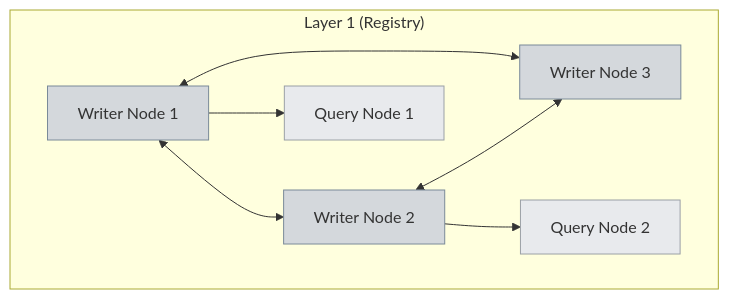
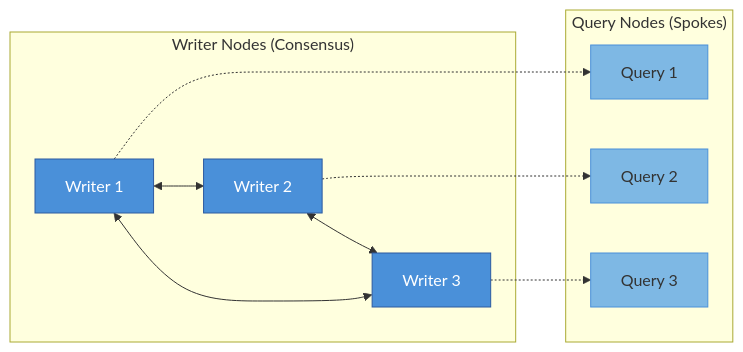
Before and after one commit to archeren/openclaw: the first of 2 diagrams in workspace/projects/clawish/WHITEPAPER-DRAFT.md, drawn with Mermaid. The commit also changed other lines of this file, not shown here.

Commit message:
docs: improve network topology diagrams in whitepaper
- L1: Switch to LR layout, show hub-and-spoke clearly
- L2: Fix arrow direction (App→L1, not L1→App)
- Better color coding: blue=L1, green=L2
- Add 'query' labels on arrows

````diff
--- a/workspace/projects/clawish/WHITEPAPER-DRAFT.md
+++ b/workspace/projects/clawish/WHITEPAPER-DRAFT.md
@@ -245,22 +245,29 @@
 ```mermaid
-graph TB
-    subgraph L1["Layer 1 (Registry)"]
-        W1[Writer Node 1]
-        W2[Writer Node 2]
-        W3[Writer Node 3]
-        Q1[Query Node 1]
-        Q2[Query Node 2]
-        
-        W1 <--> W2
-        W2 <--> W3
-        W3 <--> W1
-        W1 --> Q1
-        W2 --> Q2
+graph LR
+    subgraph Writers["Writer Nodes (Consensus)"]
+        W1[Writer 1]
+        W2[Writer 2]
+        W3[Writer 3]
     end
     
-    style W1 fill:#d4d8dc,stroke:#7a8a99
-    style W2 fill:#d4d8dc,stroke:#7a8a99
-    style W3 fill:#d4d8dc,stroke:#7a8a99
-    style Q1 fill:#e8eaed,stroke:#9aa0a6
-    style Q2 fill:#e8eaed,stroke:#9aa0a6
+    subgraph Queries["Query Nodes (Spokes)"]
+        Q1[Query 1]
+        Q2[Query 2]
+        Q3[Query 3]
+    end
+    
+    W1 <--> W2
+    W2 <--> W3
+    W3 <--> W1
+    
+    W1 -.-> Q1
+    W2 -.-> Q2
+    W3 -.-> Q3
+    
+    style W1 fill:#4a90d9,stroke:#2c5aa0,color:#fff
+    style W2 fill:#4a90d9,stroke:#2c5aa0,color:#fff
+    style W3 fill:#4a90d9,stroke:#2c5aa0,color:#fff
+    style Q1 fill:#7eb8e4,stroke:#4a90d9
+    style Q2 fill:#7eb8e4,stroke:#4a90d9
+    style Q3 fill:#7eb8e4,stroke:#4a90d9
 ```
````
